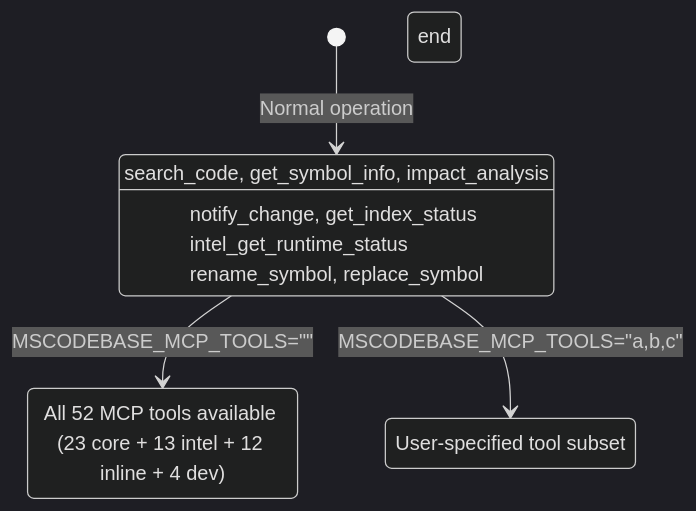
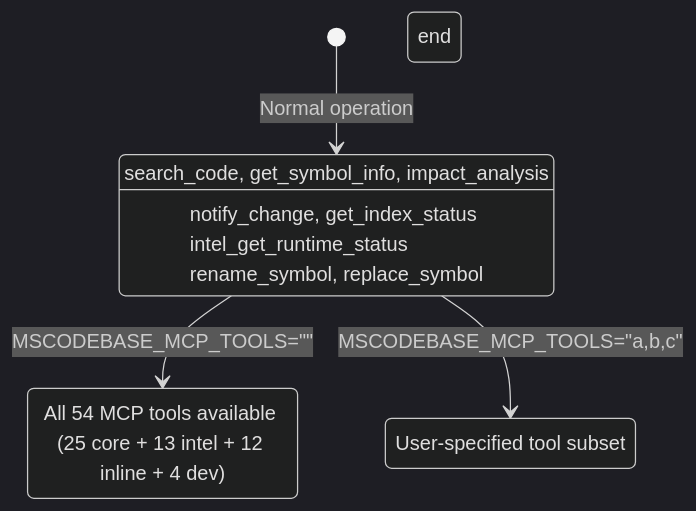
One commit to ManSio/mscodebase-intelligence changed the third of 4 diagrams in docs/en/GRACEFUL_DEGRADATION.md. Above: the diagram before and after it, drawn with Mermaid (dark theme). The commit also changed 36 other files, not shown here.

First line of the commit message:
feat(lsp): type-info/diagnostics MCP tools + pre-flight check_types in WriteTool

````diff
--- a/docs/en/GRACEFUL_DEGRADATION.md
+++ b/docs/en/GRACEFUL_DEGRADATION.md
@@ -84,22 +84,22 @@
 ```mermaid
 stateDiagram-v2
     [*] --> DEFAULT_TOOLS: Normal operation
 
     state DEFAULT_TOOLS[Visible: 12 tools]
         DEFAULT_TOOLS: search_code, get_symbol_info, impact_analysis
         DEFAULT_TOOLS: notify_change, get_index_status
         DEFAULT_TOOLS: intel_get_runtime_status
         DEFAULT_TOOLS: rename_symbol, replace_symbol
     end
 
     DEFAULT_TOOLS --> ALL_TOOLS: MSCODEBASE_MCP_TOOLS=""
     DEFAULT_TOOLS --> CUSTOM_TOOLS: MSCODEBASE_MCP_TOOLS="a,b,c"
 
-    state ALL_TOOLS[Visible: 52 tools]
-        ALL_TOOLS: All 52 MCP tools available (23 core + 13 intel + 12 inline + 4 dev)
+    state ALL_TOOLS[Visible: 54 tools]
+        ALL_TOOLS: All 54 MCP tools available (25 core + 13 intel + 12 inline + 4 dev)
     end
 
     state CUSTOM_TOOLS[Custom selection]
         CUSTOM_TOOLS: User-specified tool subset
     end
 ```
````
